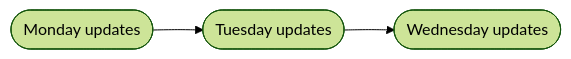
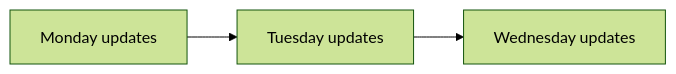
One commit to hpc2n/bioinformatics-hpc changed the diagram in docs/6.Git/intro-to-git.md. Above: the diagram before and after it, drawn with Mermaid (forest theme). The commit also changed other lines of this file, not shown here.

Commit message:
Git: initial

````diff
--- a/docs/6.Git/intro-to-git.md
+++ b/docs/6.Git/intro-to-git.md
@@ -29,5 +30,5 @@
 ```mermaid
 graph LR
-    A@{ shape: stadium, label: "Monday updates"} --> B@{ shape: stadium, label: "Tuesday updates"}
-    B --> C@{ shape: stadium, label: "Wednesday updates"}
+    A["Monday updates"] --> B["Tuesday updates"]
+    B --> C["Wednesday updates"]
 ```
````
